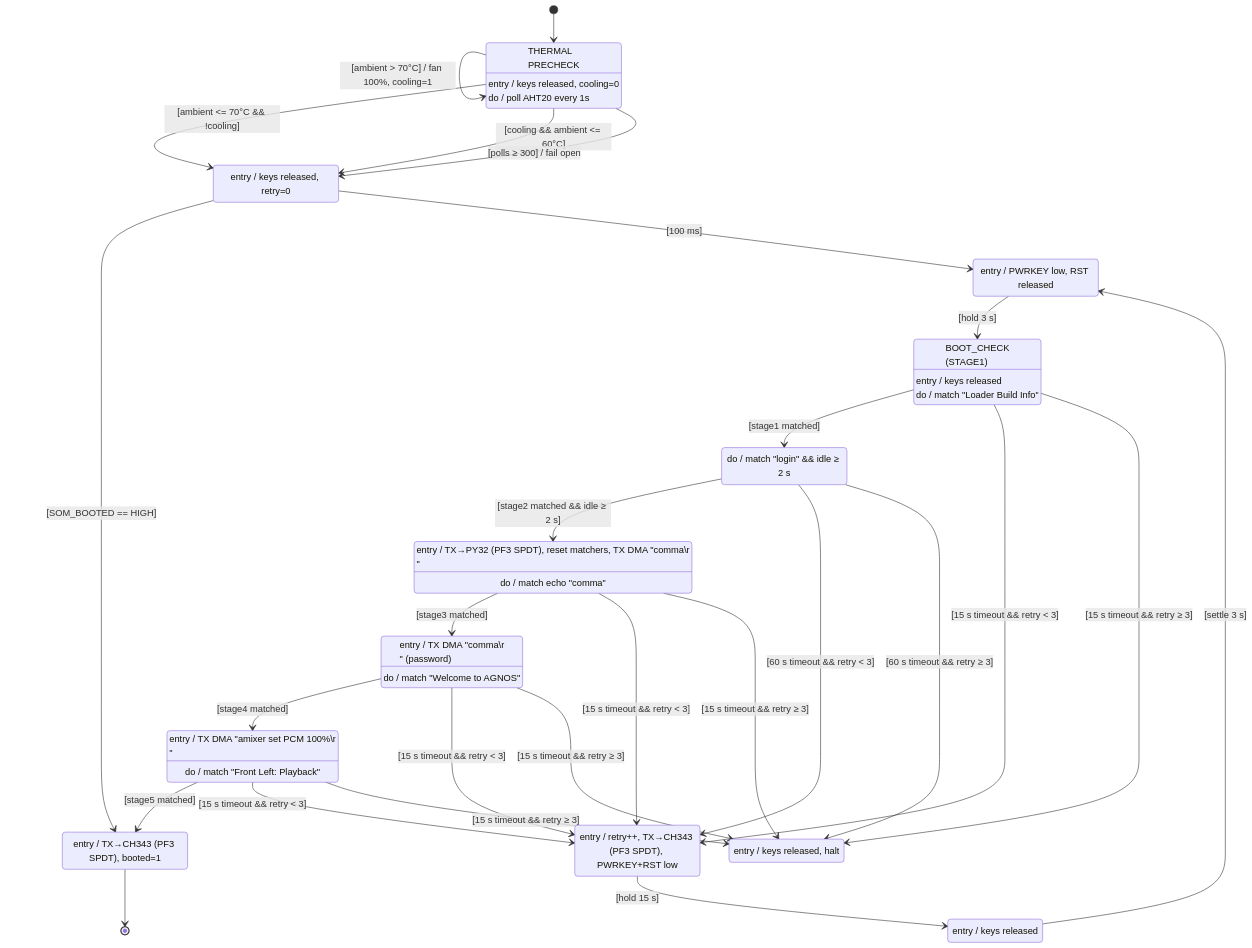
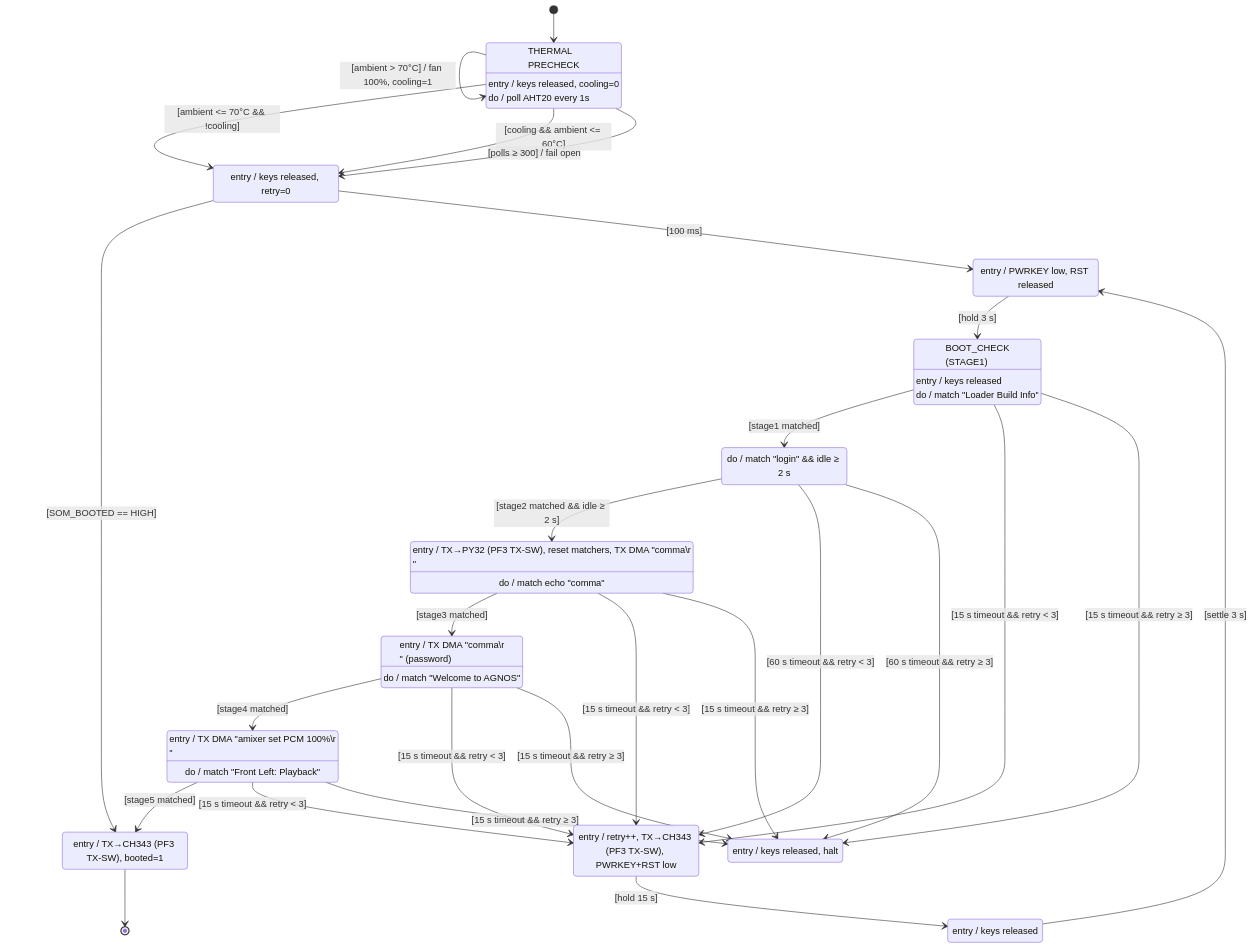
Diagram 16 of 16 in WORKLOG.md (Vkd4U2NtVkZOVg/py32_control), drawn with Mermaid before and after one commit. The commit also changed other lines of this file, not shown here.

````diff
--- a/WORKLOG.md
+++ b/WORKLOG.md
@@ -1811,62 +1811,62 @@
 ```mermaid
 stateDiagram-v2
     direction TB
 
     [*] --> THERMAL_PRECHECK
 
     state "THERMAL\nPRECHECK" as THERMAL_PRECHECK
     THERMAL_PRECHECK : entry / keys released, cooling=0
     THERMAL_PRECHECK : do / poll AHT20 every 1s
     THERMAL_PRECHECK --> THERMAL_PRECHECK : [ambient > 70°C] / fan 100%, cooling=1
     THERMAL_PRECHECK --> POWER_ON_WAIT : [ambient <= 70°C && !cooling]
     THERMAL_PRECHECK --> POWER_ON_WAIT : [cooling && ambient <= 60°C]
     THERMAL_PRECHECK --> POWER_ON_WAIT : [polls ≥ 300] / fail open
 
     POWER_ON_WAIT : entry / keys released, retry=0
     POWER_ON_WAIT --> BOOT_SUCCESS : [SOM_BOOTED == HIGH]
     POWER_ON_WAIT --> PWR_PRESS : [100 ms]
 
     PWR_PRESS : entry / PWRKEY low, RST released
     PWR_PRESS --> BOOT_CHECK : [hold 3 s]
 
     state "BOOT_CHECK\n(STAGE1)" as BOOT_CHECK
     BOOT_CHECK : entry / keys released
     BOOT_CHECK : do / match "Loader Build Info"
     BOOT_CHECK --> STAGE2_WAIT : [stage1 matched]
     BOOT_CHECK --> BOOT_RESET : [15 s timeout && retry < 3]
     BOOT_CHECK --> STRAP_FAIL : [15 s timeout && retry ≥ 3]
 
     STAGE2_WAIT : do / match "login" && idle ≥ 2 s
     STAGE2_WAIT --> STAGE3_WAIT : [stage2 matched && idle ≥ 2 s]
     STAGE2_WAIT --> BOOT_RESET : [60 s timeout && retry < 3]
     STAGE2_WAIT --> STRAP_FAIL : [60 s timeout && retry ≥ 3]
 
-    STAGE3_WAIT : entry / TX→PY32 (PF3 SPDT), reset matchers, TX DMA "comma\r\n"
+    STAGE3_WAIT : entry / TX→PY32 (PF3 TX-SW), reset matchers, TX DMA "comma\r\n"
     STAGE3_WAIT : do / match echo "comma"
     STAGE3_WAIT --> STAGE4_WAIT : [stage3 matched]
     STAGE3_WAIT --> BOOT_RESET : [15 s timeout && retry < 3]
     STAGE3_WAIT --> STRAP_FAIL : [15 s timeout && retry ≥ 3]
 
     STAGE4_WAIT : entry / TX DMA "comma\r\n" (password)
     STAGE4_WAIT : do / match "Welcome to AGNOS"
     STAGE4_WAIT --> STAGE5_WAIT : [stage4 matched]
     STAGE4_WAIT --> BOOT_RESET : [15 s timeout && retry < 3]
     STAGE4_WAIT --> STRAP_FAIL : [15 s timeout && retry ≥ 3]
 
     STAGE5_WAIT : entry / TX DMA "amixer set PCM 100%\r\n"
     STAGE5_WAIT : do / match "Front Left: Playback"
     STAGE5_WAIT --> BOOT_SUCCESS : [stage5 matched]
     STAGE5_WAIT --> BOOT_RESET : [15 s timeout && retry < 3]
     STAGE5_WAIT --> STRAP_FAIL : [15 s timeout && retry ≥ 3]
 
-    BOOT_SUCCESS : entry / TX→CH343 (PF3 SPDT), booted=1
+    BOOT_SUCCESS : entry / TX→CH343 (PF3 TX-SW), booted=1
     BOOT_SUCCESS --> [*]
 
-    BOOT_RESET : entry / retry++, TX→CH343 (PF3 SPDT), PWRKEY+RST low
+    BOOT_RESET : entry / retry++, TX→CH343 (PF3 TX-SW), PWRKEY+RST low
     BOOT_RESET --> PMIC_SETTLE : [hold 15 s]
 
     PMIC_SETTLE : entry / keys released
     PMIC_SETTLE --> PWR_PRESS : [settle 3 s]
 
     STRAP_FAIL : entry / keys released, halt
 ```
````
